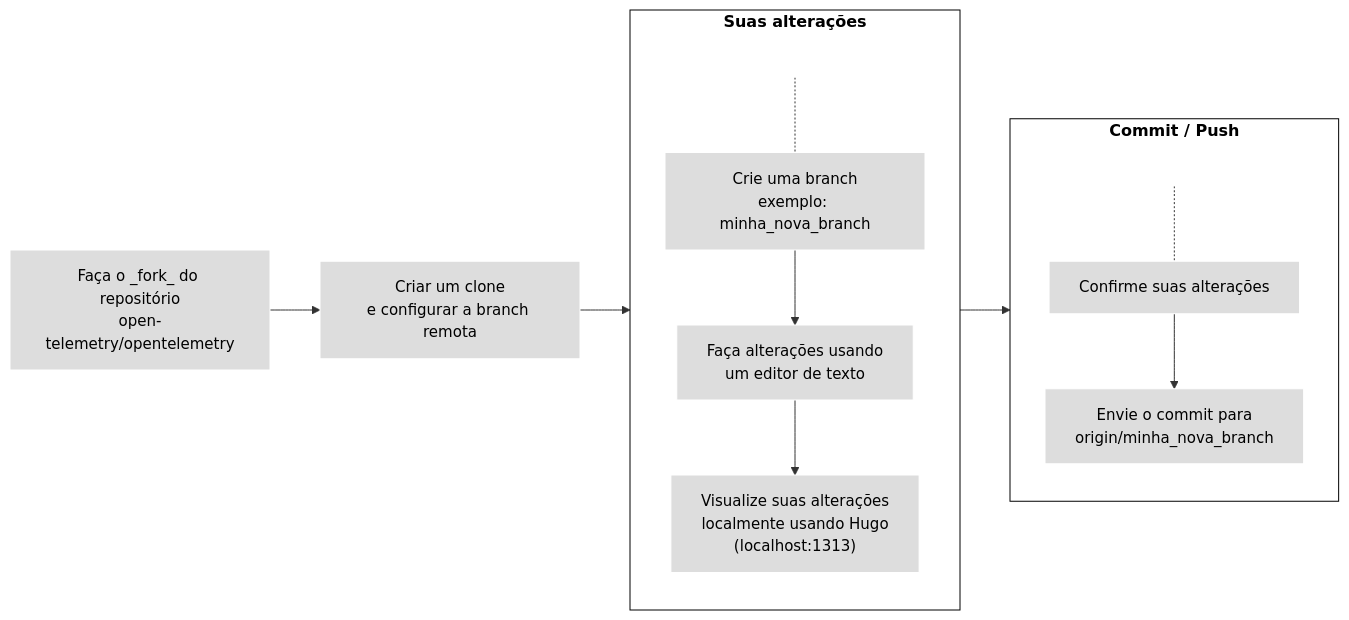
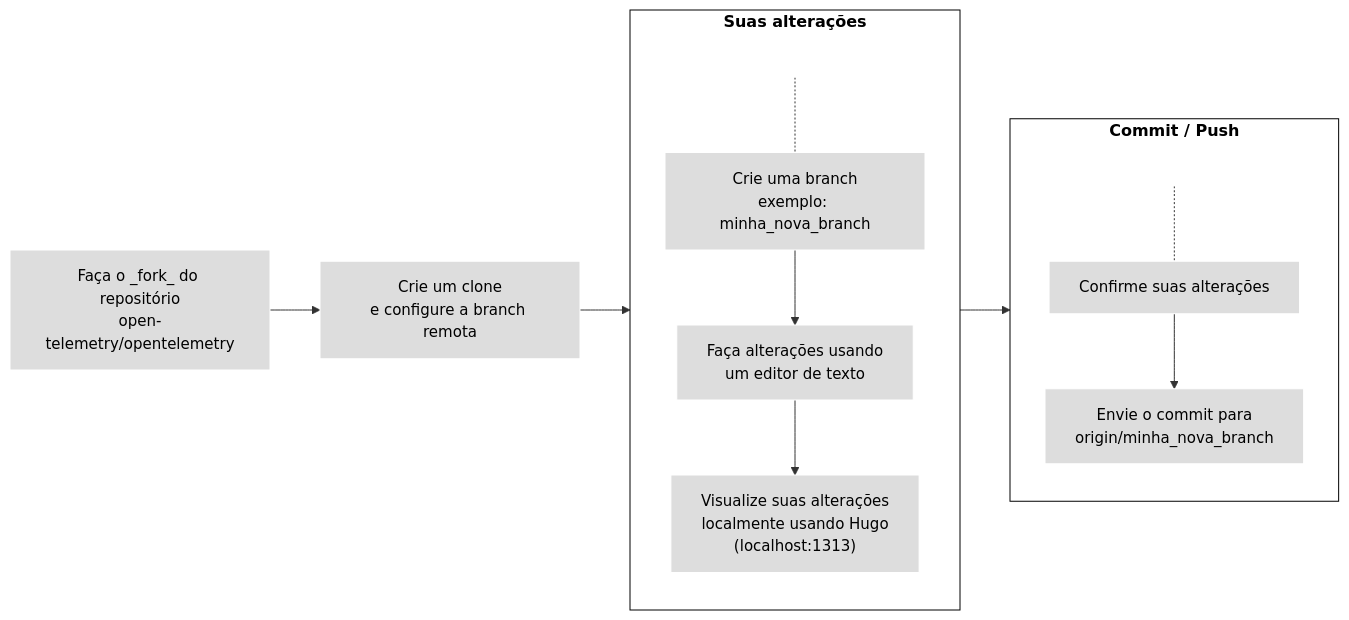
The third of 4 diagrams in content/pt/docs/contributing/pull-requests.md (open-telemetry/opentelemetry.io), drawn with Mermaid before and after one commit. The commit also changed other lines of this file, not shown here.

````diff
--- a/content/pt/docs/contributing/pull-requests.md
+++ b/content/pt/docs/contributing/pull-requests.md
@@ -180,24 +180,24 @@
 ```mermaid
 flowchart LR
-1[Faça o _fork_ do repositório<br>open-telemetry/opentelemetry] --> 2[Criar um clone<br>e configurar a branch remota]
+1[Faça o _fork_ do repositório<br>open-telemetry/opentelemetry] --> 2[Crie um clone<br>e configure a branch remota]
 subgraph changes[Suas alterações]
 direction TB
 S[ ] -.-
 3[Crie uma branch<br>exemplo: minha_nova_branch] --> 3a[Faça alterações usando<br>um editor de texto] --> 4["Visualize suas alterações<br>localmente usando Hugo<br>(localhost:1313)"]
 end
 subgraph changes2[Commit / Push]
 direction TB
 T[ ] -.-
 5[Confirme suas alterações] --> 6[Envie o commit para<br>origin/minha_nova_branch]
 end
 
 2 --> changes --> changes2
 
 classDef grey fill:#dddddd,stroke:#ffffff,stroke-width:px,color:#000000, font-size:15px;
 classDef white fill:#ffffff,stroke:#000,stroke-width:px,color:#000,font-weight:bold
 classDef k8s fill:#326ce5,stroke:#fff,stroke-width:1px,color:#fff;
 classDef spacewhite fill:#ffffff,stroke:#fff,stroke-width:0px,color:#000
 class 1,2,3,3a,4,5,6 grey
 class S,T spacewhite
 class changes,changes2 white
 ```
````
